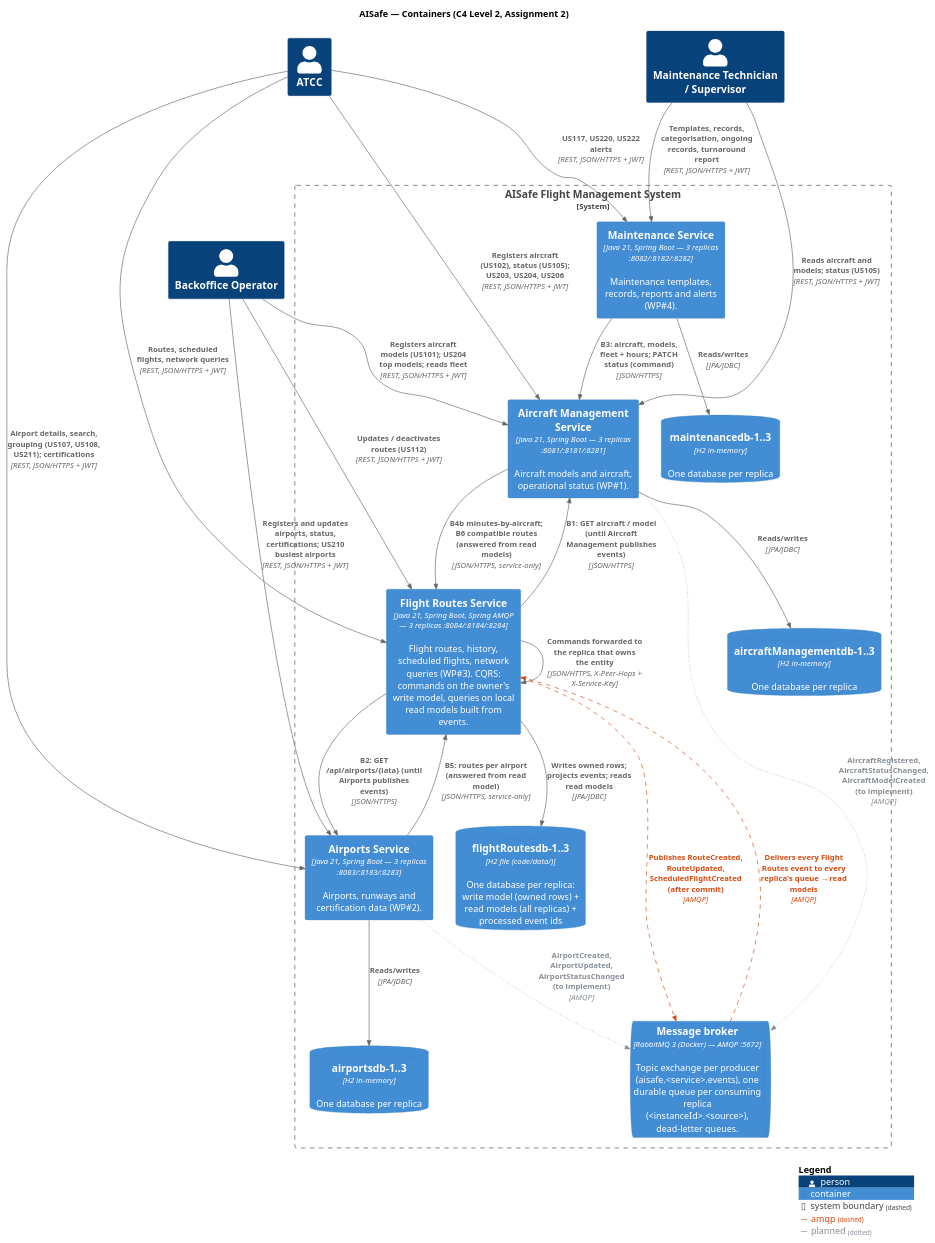
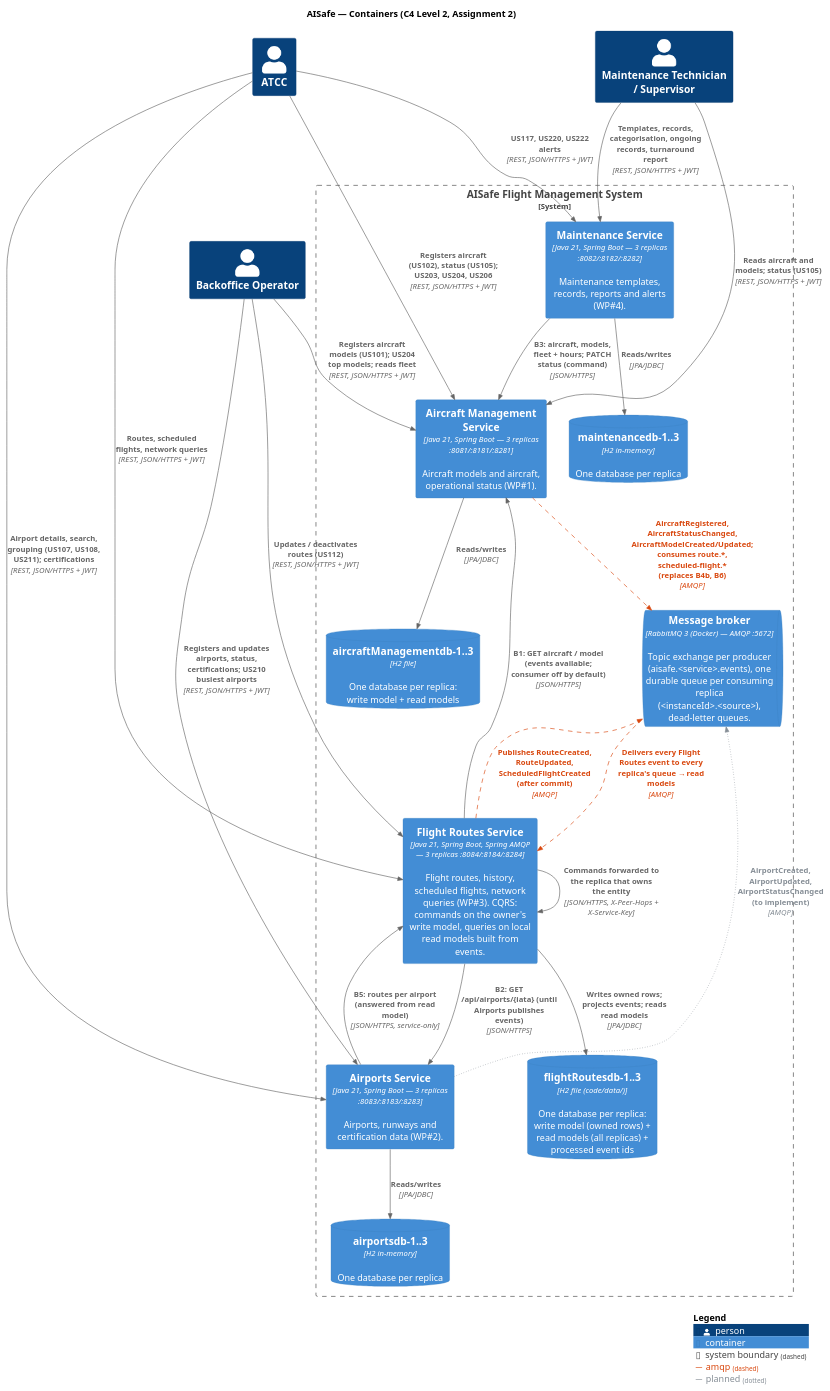
Before and after one commit to caetanotiago/Project_SIDIS: the diagram in docs/2-containers/puml/C4-L2-Containers.puml, drawn with PlantUML. The commit also changed 146 other files, not shown here.

Commit message:
Aircraft Management: Assignment 2 (CQRS, eventos RabbitMQ, read models, /api/v2/unicorns)

```diff
--- a/docs/2-containers/puml/C4-L2-Containers.puml
+++ b/docs/2-containers/puml/C4-L2-Containers.puml
@@ -1,58 +1,57 @@
 @startuml C4-L2-Containers
 !include <C4/C4_Container>
 LAYOUT_TOP_DOWN()
 title AISafe — Containers (C4 Level 2, Assignment 2)
 
 AddRelTag("amqp", $lineColor="#d9480f", $textColor="#d9480f", $lineStyle=DashedLine())
 AddRelTag("planned", $lineColor="#868e96", $textColor="#868e96", $lineStyle=DottedLine())
 
 Person(backoffice, "Backoffice Operator")
 Person(atcc, "ATCC")
 Person(maint, "Maintenance Technician / Supervisor")
 
 System_Boundary(aisafe, "AISafe Flight Management System") {
     Container(am, "Aircraft Management Service", "Java 21, Spring Boot — 3 replicas :8081/:8181/:8281", "Aircraft models and aircraft, operational status (WP#1).")
     Container(mt, "Maintenance Service", "Java 21, Spring Boot — 3 replicas :8082/:8182/:8282", "Maintenance templates, records, reports and alerts (WP#4).")
     Container(ap, "Airports Service", "Java 21, Spring Boot — 3 replicas :8083/:8183/:8283", "Airports, runways and certification data (WP#2).")
     Container(fr, "Flight Routes Service", "Java 21, Spring Boot, Spring AMQP — 3 replicas :8084/:8184/:8284", "Flight routes, history, scheduled flights, network queries (WP#3). CQRS: commands on the owner's write model, queries on local read models built from events.")
 
     ContainerQueue(mq, "Message broker", "RabbitMQ 3 (Docker) — AMQP :5672", "Topic exchange per producer (aisafe.<service>.events), one durable queue per consuming replica (<instanceId>.<source>), dead-letter queues.")
 
-    ContainerDb(amdb, "aircraftManagementdb-1..3", "H2 in-memory", "One database per replica")
+    ContainerDb(amdb, "aircraftManagementdb-1..3", "H2 file", "One database per replica: write model + read models")
     ContainerDb(mtdb, "maintenancedb-1..3", "H2 in-memory", "One database per replica")
     ContainerDb(apdb, "airportsdb-1..3", "H2 in-memory", "One database per replica")
     ContainerDb(frdb, "flightRoutesdb-1..3", "H2 file (code/data/)", "One database per replica: write model (owned rows) + read models (all replicas) + processed event ids")
 }
 
 ' Users: REST is kept for every external client (roles as in each service's AuthorizationRules)
 Rel(backoffice, am, "Registers aircraft models (US101); US204 top models; reads fleet", "REST, JSON/HTTPS + JWT")
 Rel(backoffice, ap, "Registers and updates airports, status, certifications; US210 busiest airports", "REST, JSON/HTTPS + JWT")
 Rel(backoffice, fr, "Updates / deactivates routes (US112)", "REST, JSON/HTTPS + JWT")
 Rel(atcc, am, "Registers aircraft (US102), status (US105); US203, US204, US206", "REST, JSON/HTTPS + JWT")
 Rel(atcc, ap, "Airport details, search, grouping (US107, US108, US211); certifications", "REST, JSON/HTTPS + JWT")
 Rel(atcc, fr, "Routes, scheduled flights, network queries", "REST, JSON/HTTPS + JWT")
 Rel(atcc, mt, "US117, US220, US222 alerts", "REST, JSON/HTTPS + JWT")
 Rel(maint, mt, "Templates, records, categorisation, ongoing records, turnaround report", "REST, JSON/HTTPS + JWT")
 Rel(maint, am, "Reads aircraft and models; status (US105)", "REST, JSON/HTTPS + JWT")
 
 ' Remaining synchronous bridges (user's JWT + X-Service-Key; round-robin + failover)
 Rel(fr, ap, "B2: GET /api/airports/{iata} (until Airports publishes events)", "JSON/HTTPS")
-Rel(fr, am, "B1: GET aircraft / model (until Aircraft Management publishes events)", "JSON/HTTPS")
-Rel(am, fr, "B4b minutes-by-aircraft; B6 compatible routes (answered from read models)", "JSON/HTTPS, service-only")
+Rel(fr, am, "B1: GET aircraft / model (events available; consumer off by default)", "JSON/HTTPS")
 Rel(ap, fr, "B5: routes per airport (answered from read model)", "JSON/HTTPS, service-only")
 Rel(mt, am, "B3: aircraft, models, fleet + hours; PATCH status (command)", "JSON/HTTPS")
 Rel(fr, fr, "Commands forwarded to the replica that owns the entity", "JSON/HTTPS, X-Peer-Hops + X-Service-Key")
 
 ' Events (Assignment 2)
 Rel(fr, mq, "Publishes RouteCreated, RouteUpdated, ScheduledFlightCreated (after commit)", "AMQP", $tags="amqp")
 Rel(mq, fr, "Delivers every Flight Routes event to every replica's queue → read models", "AMQP", $tags="amqp")
-Rel(am, mq, "AircraftRegistered, AircraftStatusChanged, AircraftModelCreated (to implement)", "AMQP", $tags="planned")
+Rel(am, mq, "AircraftRegistered, AircraftStatusChanged, AircraftModelCreated/Updated; consumes route.*, scheduled-flight.* (replaces B4b, B6)", "AMQP", $tags="amqp")
 Rel(ap, mq, "AirportCreated, AirportUpdated, AirportStatusChanged (to implement)", "AMQP", $tags="planned")
 
 Rel(am, amdb, "Reads/writes", "JPA/JDBC")
 Rel(mt, mtdb, "Reads/writes", "JPA/JDBC")
 Rel(ap, apdb, "Reads/writes", "JPA/JDBC")
 Rel(fr, frdb, "Writes owned rows; projects events; reads read models", "JPA/JDBC")
 
 SHOW_LEGEND()
 @enduml
```
